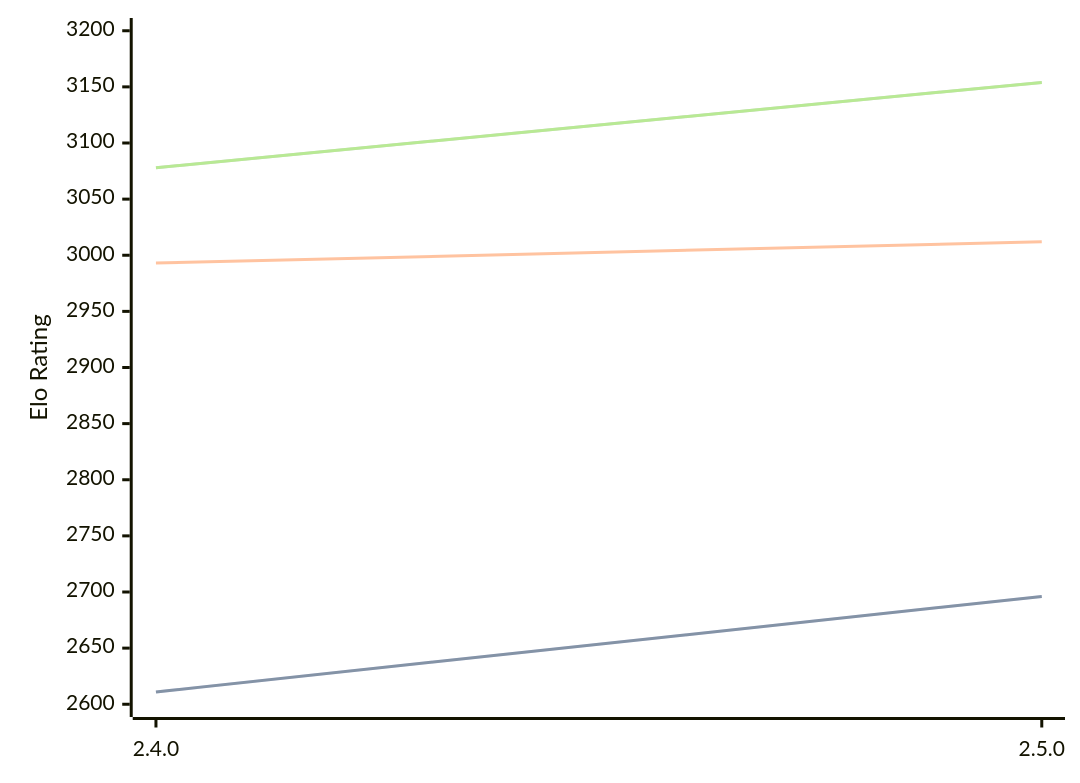
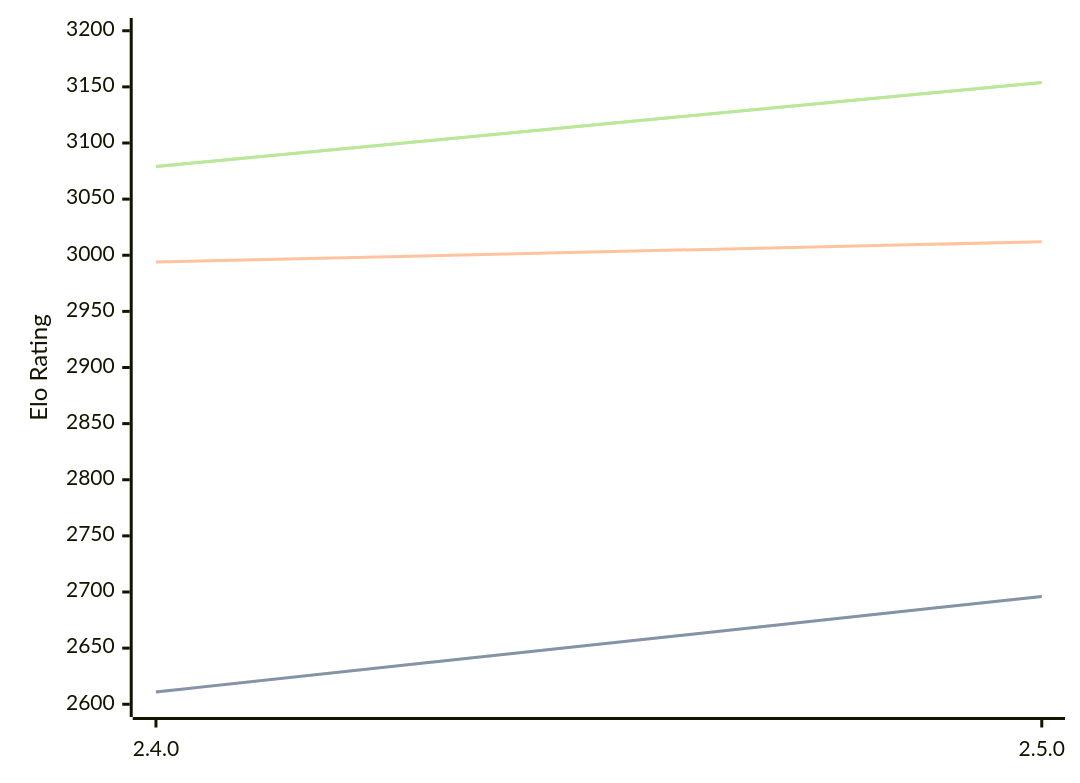
Before and after one commit to computer-chess-index/cci: the diagram in engines/Sturddle2.md, drawn with Mermaid. The commit also changed other lines of this file, not shown here.

Commit message:
Update CCI Ratings (ELO VLTC) - 2026-05-21

````diff
--- a/engines/Sturddle2.md
+++ b/engines/Sturddle2.md
@@ -37,11 +37,11 @@
 ```mermaid
 %%{init: {"theme":"base","themeVariables":{"seriesColors:['#a3a3a3','#222221','#faa371']}}}%%
 xychart-beta
   x-axis ["2.4.0", "2.5.0"]
   y-axis "Elo Rating" 2600 --> 3200
   line "STC (8.0+0.08s)" [2611, 2696]
   line "STC (8.0+0.08s)" [2611, 2696]
-  line "LTC (60.0+0.60s)" [2993, 3012]
-  line "VLTC (2m24s+1.12s)" [3078, 3154]
-  line "VLTC (2m24s+1.12s)" [3078, 3154]
+  line "LTC (60.0+0.60s)" [2994, 3012]
+  line "VLTC (2m24s+1.12s)" [3079, 3154]
+  line "VLTC (2m24s+1.12s)" [3079, 3154]
 ```
````
